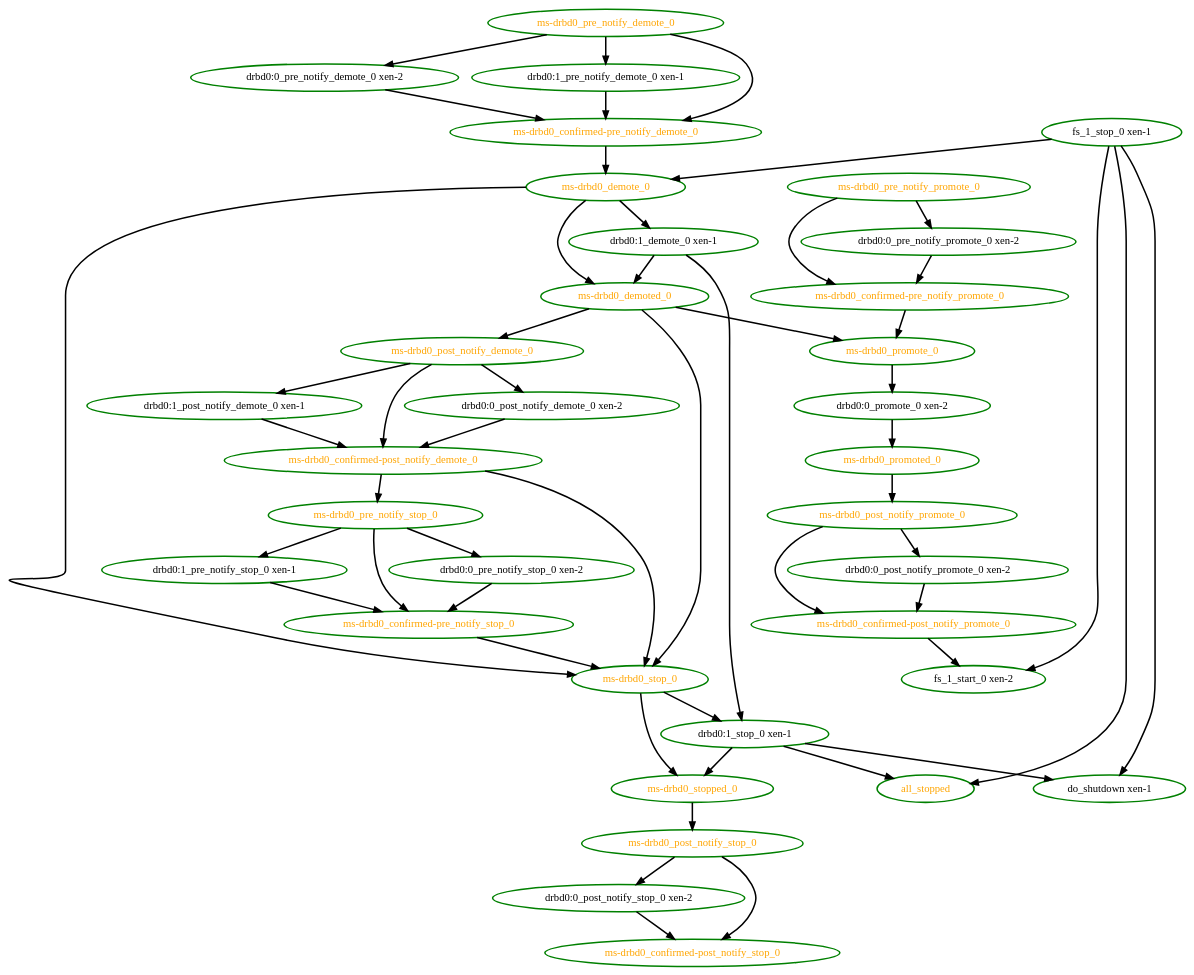
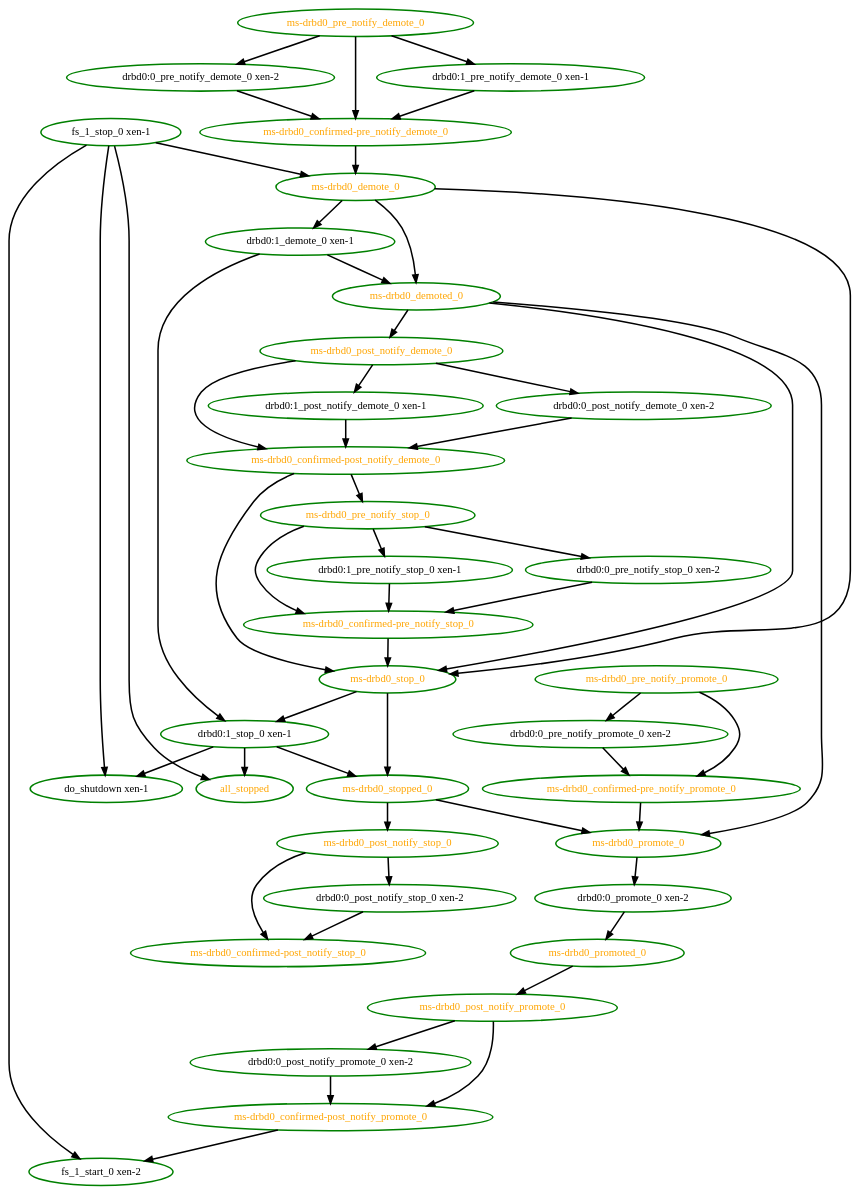
Before and after one commit to richiewen8/heartbeat: the diagram in crm/pengine/testcases/novell-239082.dot, drawn with Graphviz. The commit also changed 19 other files, not shown here.

```diff
--- a/crm/pengine/testcases/novell-239082.dot
+++ b/crm/pengine/testcases/novell-239082.dot
@@ -1,87 +1,88 @@
  digraph "g" {
 "all_stopped" [ style=bold color="green" fontcolor="orange"  ]
 "do_shutdown xen-1" [ style=bold color="green" fontcolor="black"  ]
 "drbd0:0_post_notify_demote_0 xen-2" -> "ms-drbd0_confirmed-post_notify_demote_0" [ style = bold]
 "drbd0:0_post_notify_demote_0 xen-2" [ style=bold color="green" fontcolor="black"  ]
 "drbd0:0_post_notify_promote_0 xen-2" -> "ms-drbd0_confirmed-post_notify_promote_0" [ style = bold]
 "drbd0:0_post_notify_promote_0 xen-2" [ style=bold color="green" fontcolor="black"  ]
 "drbd0:0_post_notify_stop_0 xen-2" -> "ms-drbd0_confirmed-post_notify_stop_0" [ style = bold]
 "drbd0:0_post_notify_stop_0 xen-2" [ style=bold color="green" fontcolor="black"  ]
 "drbd0:0_pre_notify_demote_0 xen-2" -> "ms-drbd0_confirmed-pre_notify_demote_0" [ style = bold]
 "drbd0:0_pre_notify_demote_0 xen-2" [ style=bold color="green" fontcolor="black"  ]
 "drbd0:0_pre_notify_promote_0 xen-2" -> "ms-drbd0_confirmed-pre_notify_promote_0" [ style = bold]
 "drbd0:0_pre_notify_promote_0 xen-2" [ style=bold color="green" fontcolor="black"  ]
 "drbd0:0_pre_notify_stop_0 xen-2" -> "ms-drbd0_confirmed-pre_notify_stop_0" [ style = bold]
 "drbd0:0_pre_notify_stop_0 xen-2" [ style=bold color="green" fontcolor="black"  ]
 "drbd0:0_promote_0 xen-2" -> "ms-drbd0_promoted_0" [ style = bold]
 "drbd0:0_promote_0 xen-2" [ style=bold color="green" fontcolor="black"  ]
 "drbd0:1_demote_0 xen-1" -> "drbd0:1_stop_0 xen-1" [ style = bold]
 "drbd0:1_demote_0 xen-1" -> "ms-drbd0_demoted_0" [ style = bold]
 "drbd0:1_demote_0 xen-1" [ style=bold color="green" fontcolor="black"  ]
 "drbd0:1_post_notify_demote_0 xen-1" -> "ms-drbd0_confirmed-post_notify_demote_0" [ style = bold]
 "drbd0:1_post_notify_demote_0 xen-1" [ style=bold color="green" fontcolor="black"  ]
 "drbd0:1_pre_notify_demote_0 xen-1" -> "ms-drbd0_confirmed-pre_notify_demote_0" [ style = bold]
 "drbd0:1_pre_notify_demote_0 xen-1" [ style=bold color="green" fontcolor="black"  ]
 "drbd0:1_pre_notify_stop_0 xen-1" -> "ms-drbd0_confirmed-pre_notify_stop_0" [ style = bold]
 "drbd0:1_pre_notify_stop_0 xen-1" [ style=bold color="green" fontcolor="black"  ]
 "drbd0:1_stop_0 xen-1" -> "all_stopped" [ style = bold]
 "drbd0:1_stop_0 xen-1" -> "do_shutdown xen-1" [ style = bold]
 "drbd0:1_stop_0 xen-1" -> "ms-drbd0_stopped_0" [ style = bold]
 "drbd0:1_stop_0 xen-1" [ style=bold color="green" fontcolor="black"  ]
 "fs_1_start_0 xen-2" [ style=bold color="green" fontcolor="black"  ]
 "fs_1_stop_0 xen-1" -> "all_stopped" [ style = bold]
 "fs_1_stop_0 xen-1" -> "do_shutdown xen-1" [ style = bold]
 "fs_1_stop_0 xen-1" -> "fs_1_start_0 xen-2" [ style = bold]
 "fs_1_stop_0 xen-1" -> "ms-drbd0_demote_0" [ style = bold]
 "fs_1_stop_0 xen-1" [ style=bold color="green" fontcolor="black"  ]
 "ms-drbd0_confirmed-post_notify_demote_0" -> "ms-drbd0_pre_notify_stop_0" [ style = bold]
 "ms-drbd0_confirmed-post_notify_demote_0" -> "ms-drbd0_stop_0" [ style = bold]
 "ms-drbd0_confirmed-post_notify_demote_0" [ style=bold color="green" fontcolor="orange"  ]
 "ms-drbd0_confirmed-post_notify_promote_0" -> "fs_1_start_0 xen-2" [ style = bold]
 "ms-drbd0_confirmed-post_notify_promote_0" [ style=bold color="green" fontcolor="orange"  ]
 "ms-drbd0_confirmed-post_notify_stop_0" [ style=bold color="green" fontcolor="orange"  ]
 "ms-drbd0_confirmed-pre_notify_demote_0" -> "ms-drbd0_demote_0" [ style = bold]
 "ms-drbd0_confirmed-pre_notify_demote_0" [ style=bold color="green" fontcolor="orange"  ]
 "ms-drbd0_confirmed-pre_notify_promote_0" -> "ms-drbd0_promote_0" [ style = bold]
 "ms-drbd0_confirmed-pre_notify_promote_0" [ style=bold color="green" fontcolor="orange"  ]
 "ms-drbd0_confirmed-pre_notify_stop_0" -> "ms-drbd0_stop_0" [ style = bold]
 "ms-drbd0_confirmed-pre_notify_stop_0" [ style=bold color="green" fontcolor="orange"  ]
 "ms-drbd0_demote_0" -> "drbd0:1_demote_0 xen-1" [ style = bold]
 "ms-drbd0_demote_0" -> "ms-drbd0_demoted_0" [ style = bold]
 "ms-drbd0_demote_0" -> "ms-drbd0_stop_0" [ style = bold]
 "ms-drbd0_demote_0" [ style=bold color="green" fontcolor="orange"  ]
 "ms-drbd0_demoted_0" -> "ms-drbd0_post_notify_demote_0" [ style = bold]
 "ms-drbd0_demoted_0" -> "ms-drbd0_promote_0" [ style = bold]
 "ms-drbd0_demoted_0" -> "ms-drbd0_stop_0" [ style = bold]
 "ms-drbd0_demoted_0" [ style=bold color="green" fontcolor="orange"  ]
 "ms-drbd0_post_notify_demote_0" -> "drbd0:0_post_notify_demote_0 xen-2" [ style = bold]
 "ms-drbd0_post_notify_demote_0" -> "drbd0:1_post_notify_demote_0 xen-1" [ style = bold]
 "ms-drbd0_post_notify_demote_0" -> "ms-drbd0_confirmed-post_notify_demote_0" [ style = bold]
 "ms-drbd0_post_notify_demote_0" [ style=bold color="green" fontcolor="orange"  ]
 "ms-drbd0_post_notify_promote_0" -> "drbd0:0_post_notify_promote_0 xen-2" [ style = bold]
 "ms-drbd0_post_notify_promote_0" -> "ms-drbd0_confirmed-post_notify_promote_0" [ style = bold]
 "ms-drbd0_post_notify_promote_0" [ style=bold color="green" fontcolor="orange"  ]
 "ms-drbd0_post_notify_stop_0" -> "drbd0:0_post_notify_stop_0 xen-2" [ style = bold]
 "ms-drbd0_post_notify_stop_0" -> "ms-drbd0_confirmed-post_notify_stop_0" [ style = bold]
 "ms-drbd0_post_notify_stop_0" [ style=bold color="green" fontcolor="orange"  ]
 "ms-drbd0_pre_notify_demote_0" -> "drbd0:0_pre_notify_demote_0 xen-2" [ style = bold]
 "ms-drbd0_pre_notify_demote_0" -> "drbd0:1_pre_notify_demote_0 xen-1" [ style = bold]
 "ms-drbd0_pre_notify_demote_0" -> "ms-drbd0_confirmed-pre_notify_demote_0" [ style = bold]
 "ms-drbd0_pre_notify_demote_0" [ style=bold color="green" fontcolor="orange"  ]
 "ms-drbd0_pre_notify_promote_0" -> "drbd0:0_pre_notify_promote_0 xen-2" [ style = bold]
 "ms-drbd0_pre_notify_promote_0" -> "ms-drbd0_confirmed-pre_notify_promote_0" [ style = bold]
 "ms-drbd0_pre_notify_promote_0" [ style=bold color="green" fontcolor="orange"  ]
 "ms-drbd0_pre_notify_stop_0" -> "drbd0:0_pre_notify_stop_0 xen-2" [ style = bold]
 "ms-drbd0_pre_notify_stop_0" -> "drbd0:1_pre_notify_stop_0 xen-1" [ style = bold]
 "ms-drbd0_pre_notify_stop_0" -> "ms-drbd0_confirmed-pre_notify_stop_0" [ style = bold]
 "ms-drbd0_pre_notify_stop_0" [ style=bold color="green" fontcolor="orange"  ]
 "ms-drbd0_promote_0" -> "drbd0:0_promote_0 xen-2" [ style = bold]
 "ms-drbd0_promote_0" [ style=bold color="green" fontcolor="orange"  ]
 "ms-drbd0_promoted_0" -> "ms-drbd0_post_notify_promote_0" [ style = bold]
 "ms-drbd0_promoted_0" [ style=bold color="green" fontcolor="orange"  ]
 "ms-drbd0_stop_0" -> "drbd0:1_stop_0 xen-1" [ style = bold]
 "ms-drbd0_stop_0" -> "ms-drbd0_stopped_0" [ style = bold]
 "ms-drbd0_stop_0" [ style=bold color="green" fontcolor="orange"  ]
 "ms-drbd0_stopped_0" -> "ms-drbd0_post_notify_stop_0" [ style = bold]
+"ms-drbd0_stopped_0" -> "ms-drbd0_promote_0" [ style = bold]
 "ms-drbd0_stopped_0" [ style=bold color="green" fontcolor="orange"  ]
 }
```
